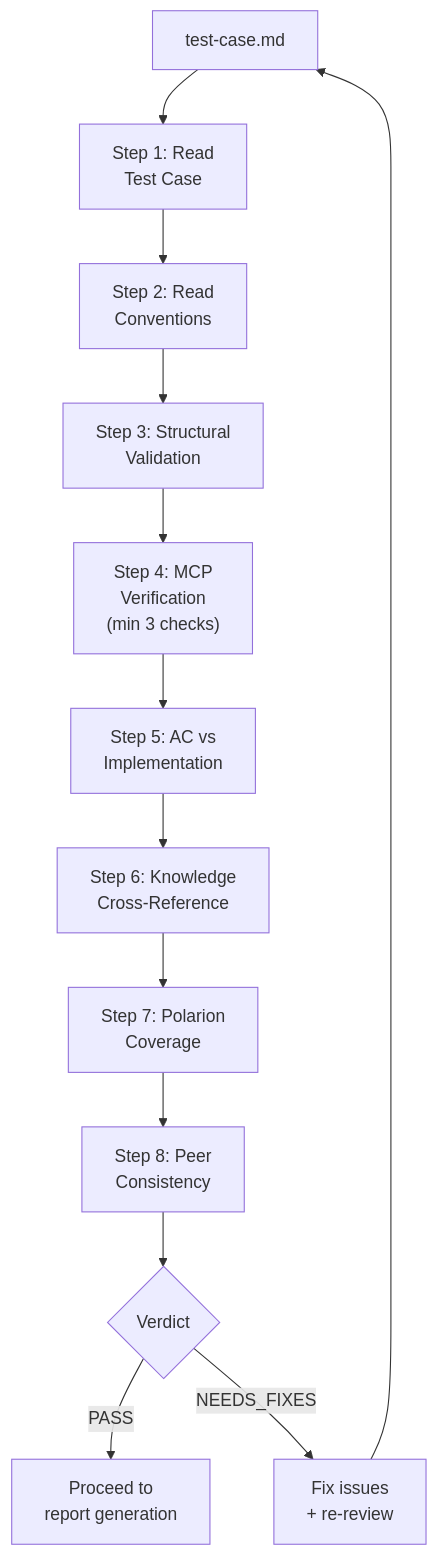
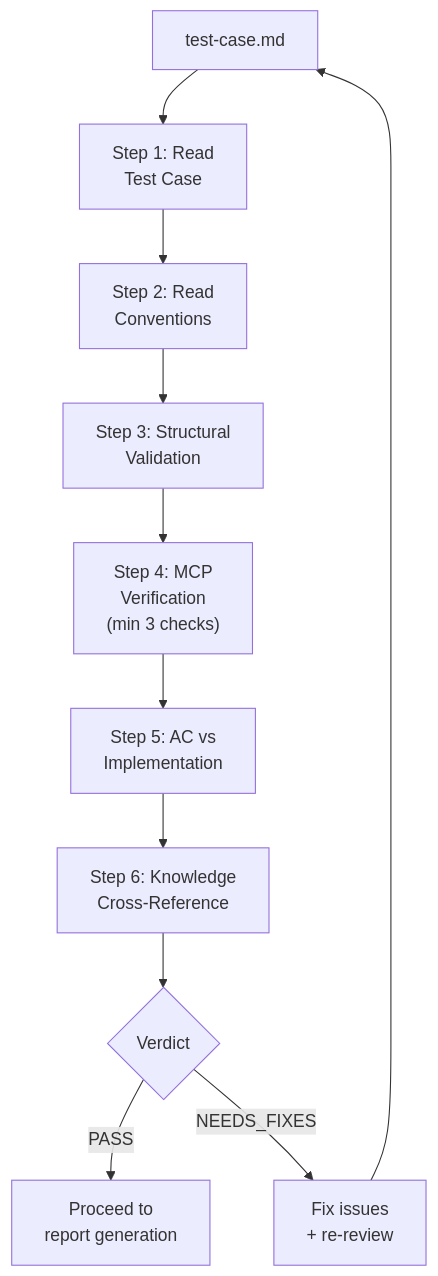
Before and after one commit to stolostron/acm-ai-qe: the fourth of 7 diagrams in apps/test-case-generator/docs/07-SKILL-ARCHITECTURE.md, drawn with Mermaid. The commit also changed other lines of this file and 170 other files, not shown here.

First line of the commit message:
feat: rename acm-ui to acm-source, remove MCP wrapper skills, rename acm-code-analyzer to acm-qe-code-analyzer, remove Polarion/peer from reviewer

````diff
--- a/apps/test-case-generator/docs/07-SKILL-ARCHITECTURE.md
+++ b/apps/test-case-generator/docs/07-SKILL-ARCHITECTURE.md
@@ -290,16 +284,14 @@
 ```mermaid
 flowchart TD
     TC["test-case.md"] --> S1["Step 1: Read\nTest Case"]
     S1 --> S2["Step 2: Read\nConventions"]
     S2 --> S3["Step 3: Structural\nValidation"]
     S3 --> S4["Step 4: MCP\nVerification\n(min 3 checks)"]
     S4 --> S5["Step 5: AC vs\nImplementation"]
     S5 --> S6["Step 6: Knowledge\nCross-Reference"]
-    S6 --> S7["Step 7: Polarion\nCoverage"]
-    S7 --> S8["Step 8: Peer\nConsistency"]
-    S8 --> VERDICT{Verdict}
+    S6 --> VERDICT{Verdict}
 
     VERDICT -->|PASS| DONE["Proceed to\nreport generation"]
     VERDICT -->|NEEDS_FIXES| FIX["Fix issues\n+ re-review"]
     FIX --> TC
 ```
````
